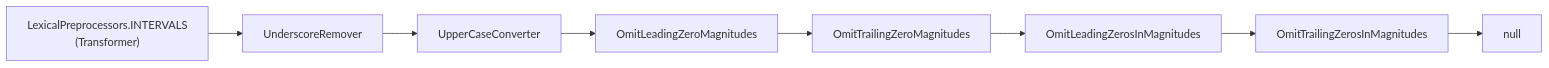
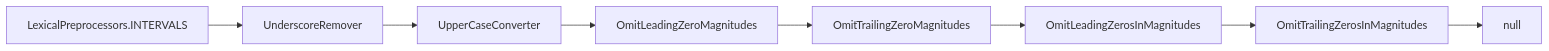
One commit to PascalUser/FLC-IEC61131-7 changed the third of 4 diagrams in doc/modules/lexer.md. Above: the diagram before and after it, drawn with Mermaid. The commit also changed other lines of this file and 75 other files, not shown here.

````diff
--- a/doc/modules/lexer.md
+++ b/doc/modules/lexer.md
@@ -165,10 +208,10 @@
 ```mermaid
 flowchart LR
-    INTERVALS["LexicalPreprocessors.INTERVALS\n(Transformer)"] --> T1[UnderscoreRemover]
-    T1 --> T2[UpperCaseConverter]
-    T2 --> T3[OmitLeadingZeroMagnitudes]
-    T3 --> T4[OmitTrailingZeroMagnitudes]
-    T4 --> T5[OmitLeadingZerosInMagnitudes]
-    T5 --> T6[OmitTrailingZerosInMagnitudes]
-    T6 --> T7["null"]
+    root["LexicalPreprocessors.INTERVALS"] --> node0["UnderscoreRemover"]
+    node0 --> node1["UpperCaseConverter"]
+    node1 --> node2["OmitLeadingZeroMagnitudes"]
+    node2 --> node3["OmitTrailingZeroMagnitudes"]
+    node3 --> node4["OmitLeadingZerosInMagnitudes"]
+    node4 --> node5["OmitTrailingZerosInMagnitudes"]
+    node5 --> endNode["null"]
 ```
````
